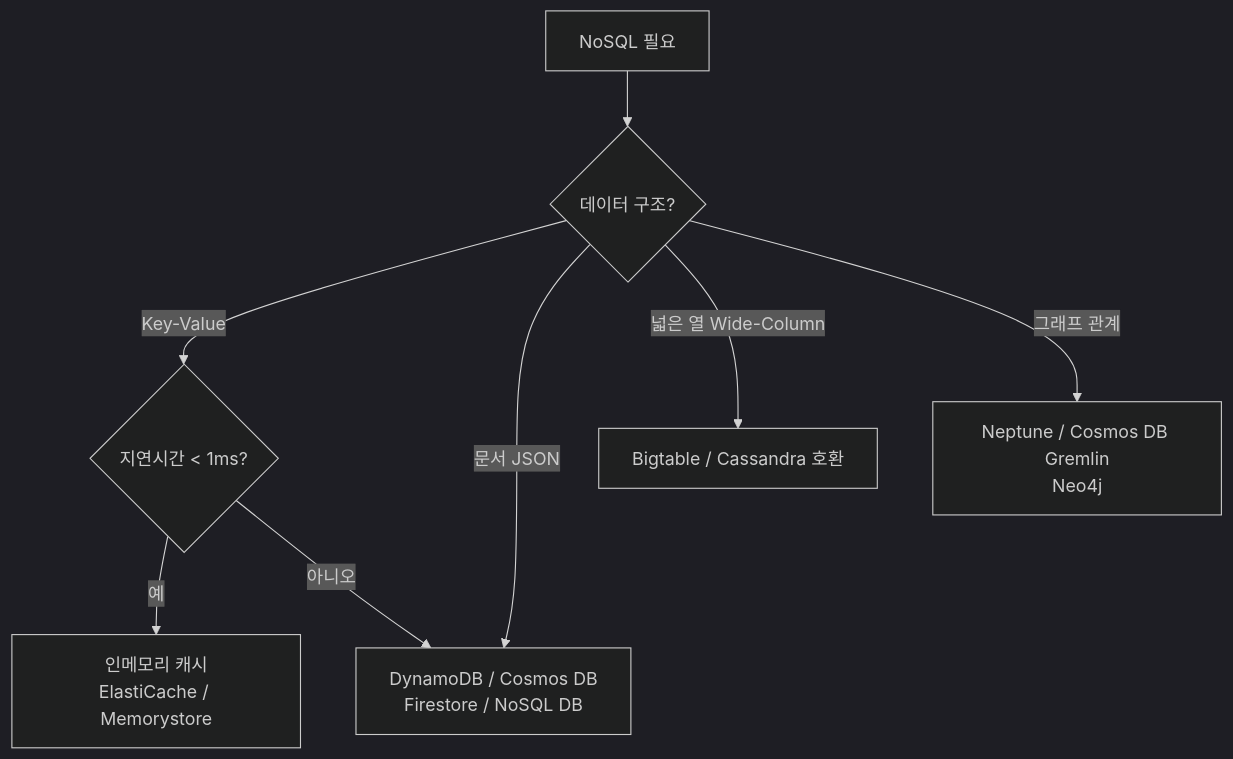
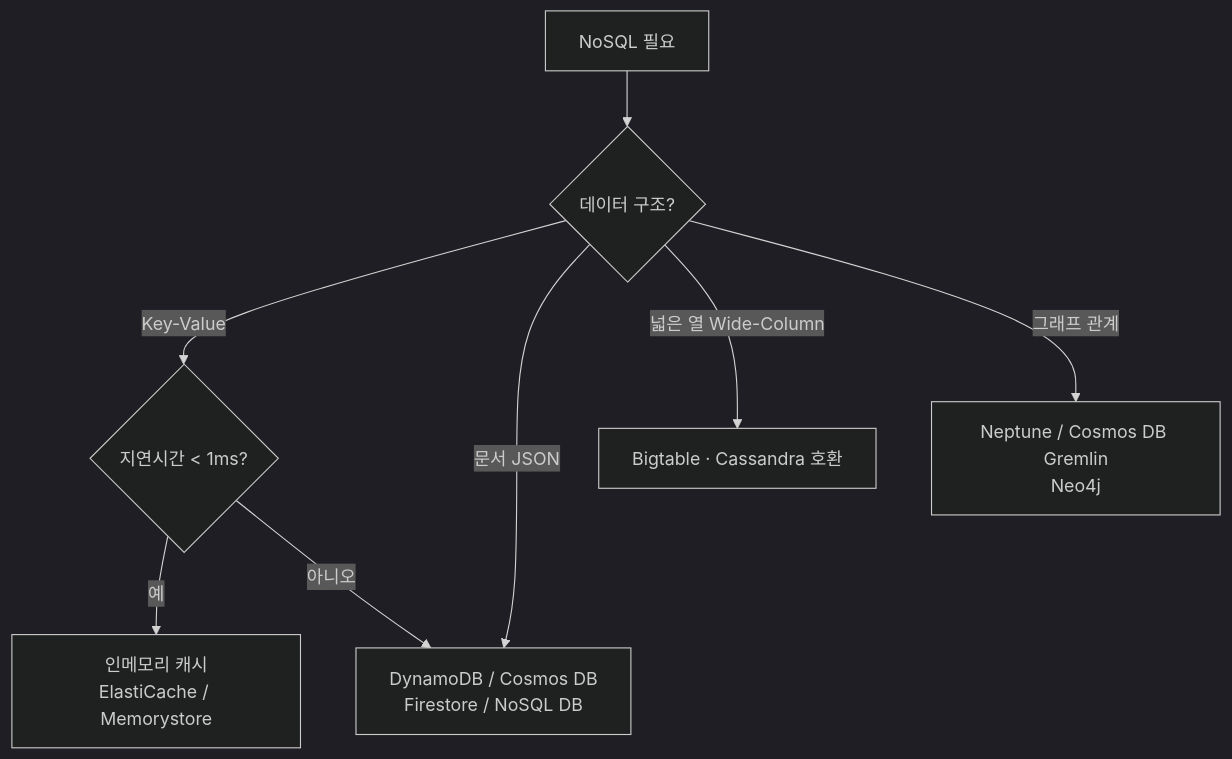
One commit to cloudpickr/cloudpick-docs changed the diagram in src/content/docs/ko/database/nosql.md. Above: the diagram before and after it, drawn with Mermaid (dark theme). The commit also changed 29 other files, not shown here.

First line of the commit message:
fix: Mermaid 전수조사 — 노드 라벨 슬래시 13건 수정 (ko/en/ja)

````diff
--- a/src/content/docs/ko/database/nosql.md
+++ b/src/content/docs/ko/database/nosql.md
@@ -93,10 +93,10 @@
 ```mermaid
 flowchart TD
     A[NoSQL 필요] --> B{데이터 구조?}
     B -->|Key-Value| C{지연시간 < 1ms?}
     B -->|문서 JSON| D[DynamoDB / Cosmos DB<br/>Firestore / NoSQL DB]
-    B -->|넓은 열 Wide-Column| E[Bigtable / Cassandra 호환]
+    B -->|넓은 열 Wide-Column| E[Bigtable · Cassandra 호환]
     B -->|그래프 관계| F[Neptune / Cosmos DB Gremlin<br/>Neo4j]
     C -->|예| G[인메모리 캐시<br/>ElastiCache / Memorystore]
     C -->|아니오| D
 ```
````
